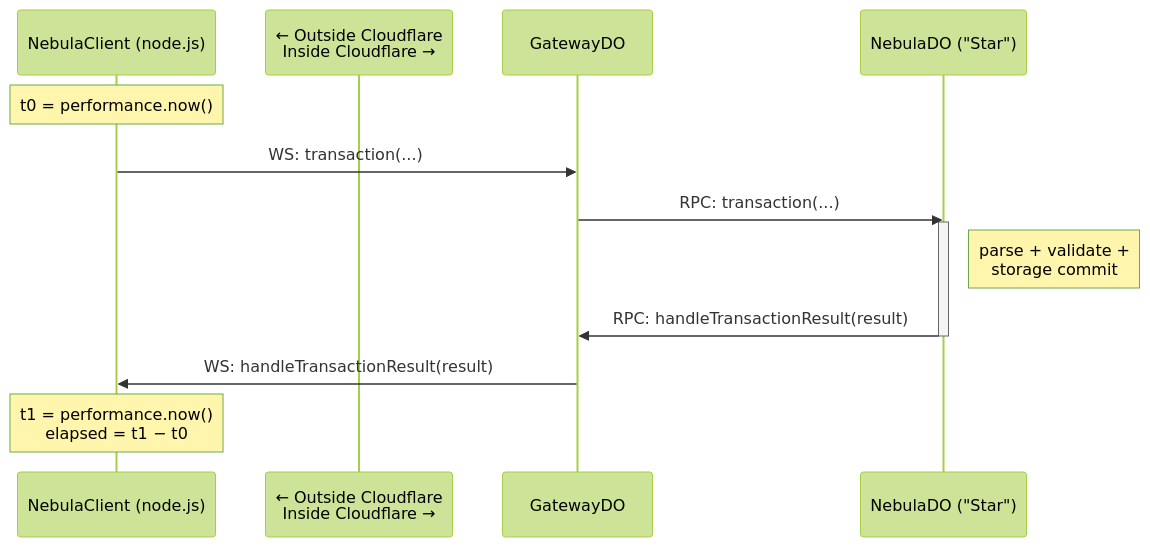
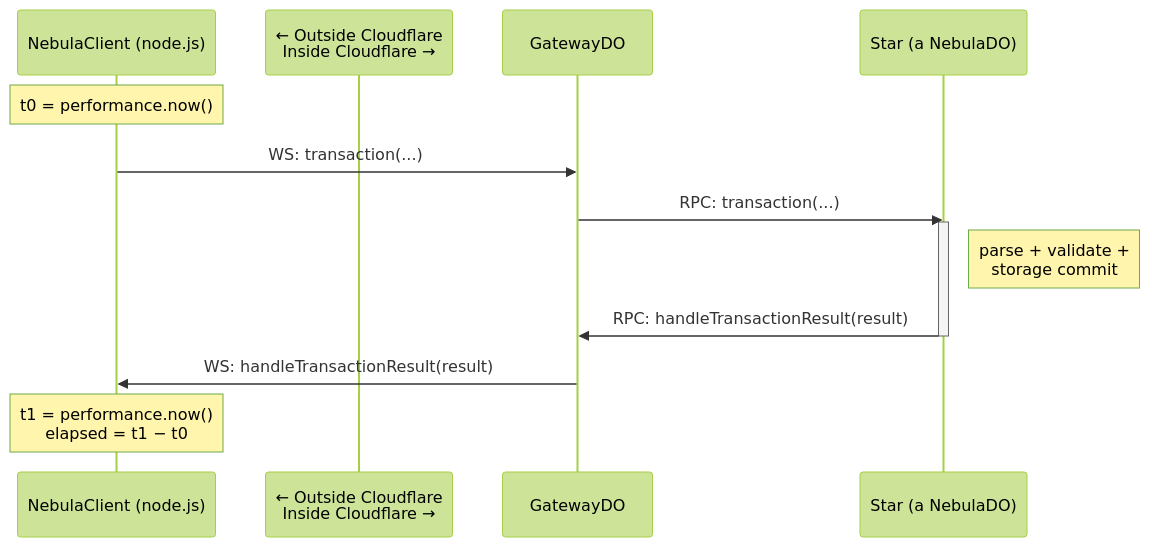
One commit to lumenize/lumenize changed the second of 3 diagrams in website/blog/2026-05-09-benchmarking-cloudflare-durable-objects-from-outside/index.md. Above: the diagram before and after it, drawn with Mermaid (forest theme). The commit also changed other lines of this file and 1 other file, not shown here.

````diff
--- a/website/blog/2026-05-09-benchmarking-cloudflare-durable-objects-from-outside/index.md
+++ b/website/blog/2026-05-09-benchmarking-cloudflare-durable-objects-from-outside/index.md
@@ -61,17 +61,17 @@
 ```mermaid
 sequenceDiagram
     participant N as NebulaClient (node.js)
     participant B as ← Outside Cloudflare<br/>Inside Cloudflare →
     participant G as GatewayDO
-    participant S as NebulaDO ("Star")
+    participant S as Star (a NebulaDO)
 
     Note over N: t0 = performance.now()
     N->>G: WS: transaction(...)
     G->>S: RPC: transaction(...)
     activate S
     Note right of S: parse + validate +<br/>storage commit
     S->>G: RPC: handleTransactionResult(result)
     deactivate S
     G->>N: WS: handleTransactionResult(result)
     Note over N: t1 = performance.now()<br/>elapsed = t1 − t0
 ```
````
